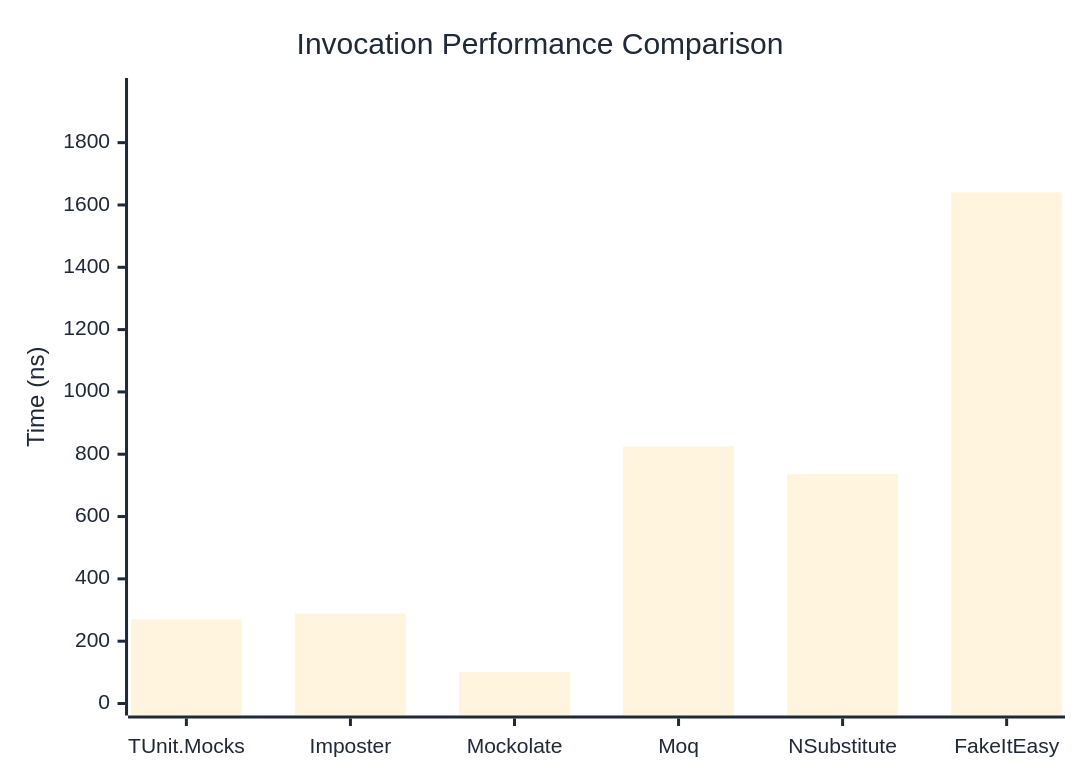
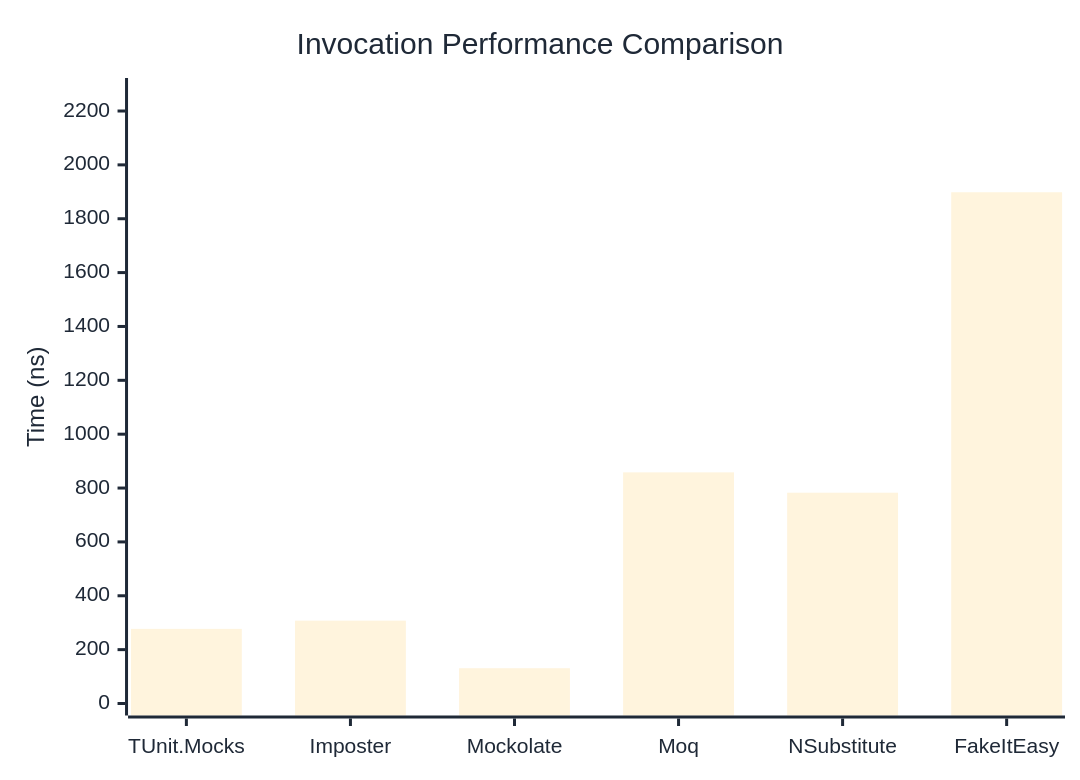
The first of 3 diagrams in docs/docs/benchmarks/mocks/Invocation.md (thomhurst/TUnit), drawn with Mermaid before and after one commit. The commit also changed other lines of this file and 14 other files, not shown here.

````diff
--- a/docs/docs/benchmarks/mocks/Invocation.md
+++ b/docs/docs/benchmarks/mocks/Invocation.md
@@ -30,27 +30,27 @@
 ```mermaid
 %%{init: {
   'theme':'base',
   'themeVariables': {
     'primaryColor': '#2563eb',
     'primaryTextColor': '#1f2937',
     'primaryBorderColor': '#1e40af',
     'lineColor': '#6b7280',
     'secondaryColor': '#7c3aed',
     'tertiaryColor': '#dc2626',
     'background': '#ffffff',
     'pie1': '#2563eb',
     'pie2': '#7c3aed',
     'pie3': '#dc2626',
     'pie4': '#f59e0b',
     'pie5': '#10b981',
     'pie6': '#06b6d4',
     'pie7': '#ec4899',
     'pie8': '#6366f1'
   }
 }}%%
 xychart-beta
   title "Invocation Performance Comparison"
   x-axis ["TUnit.Mocks", "Imposter", "Mockolate", "Moq", "NSubstitute", "FakeItEasy"]
-  y-axis "Time (ns)" 0 --> 1969
-  bar [270.39, 288.53, 101.63, 824.92, 736.4, 1640.64]
+  y-axis "Time (ns)" 0 --> 2278
+  bar [277.1, 307.6, 131, 858.3, 782.7, 1898.3]
 ```
````
